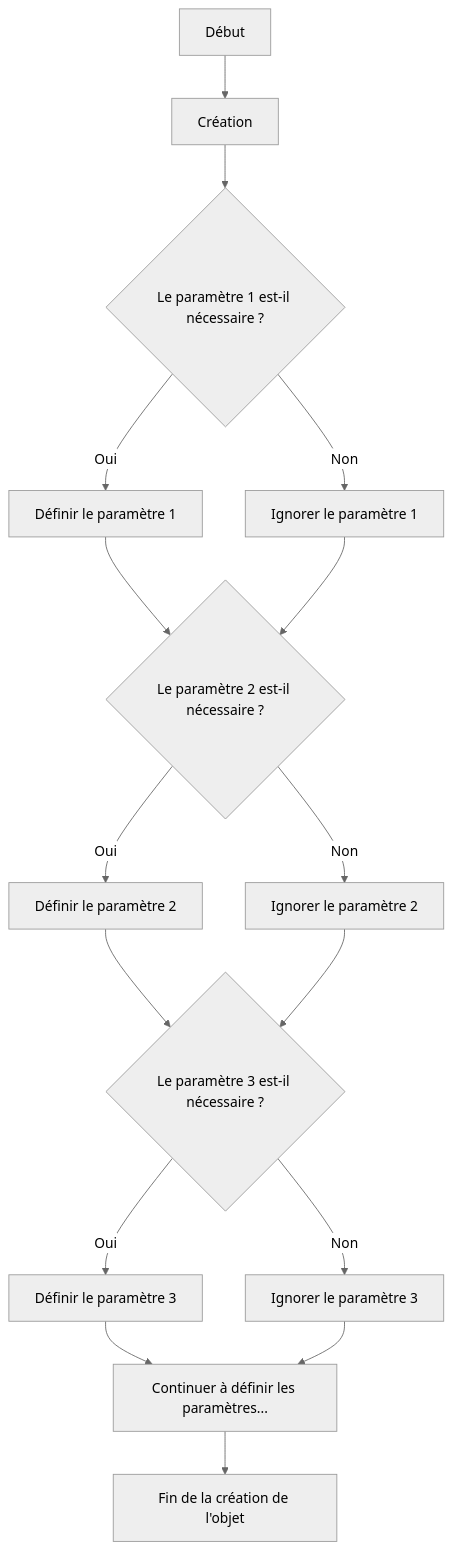
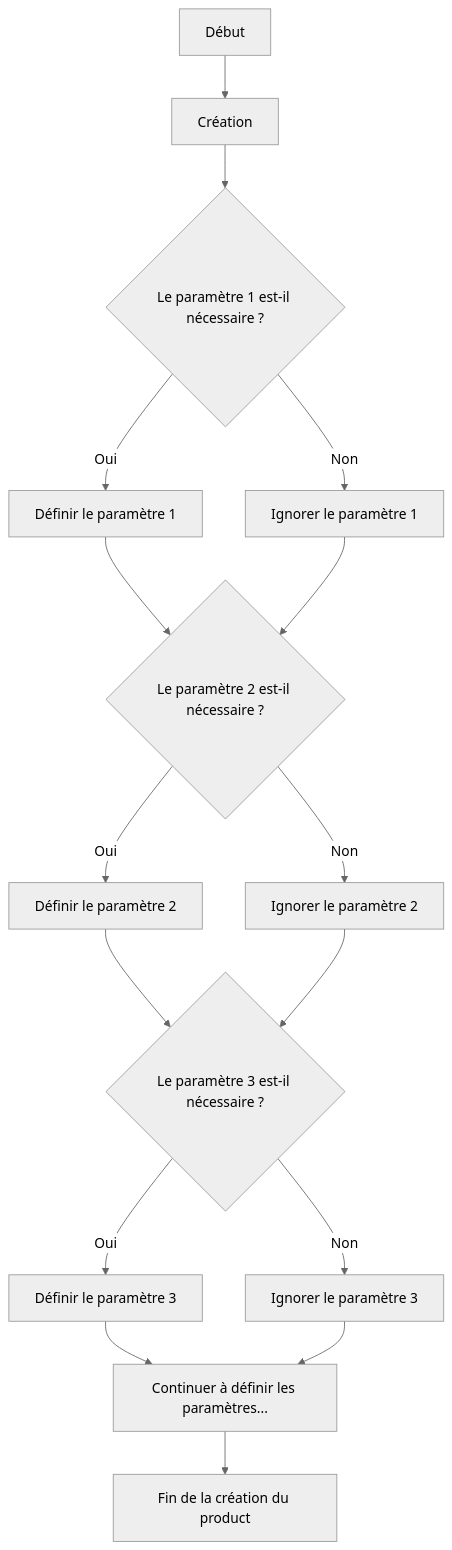
Before and after one commit to SamuelLnds/LandaisSamuel_TP_DesignPatterns: the second of 3 diagrams in Builder/README.md, drawn with Mermaid (neutral theme).

Commit message:
correction syntaxe diagramme builder

````diff
--- a/Builder/README.md
+++ b/Builder/README.md
@@ -28,18 +28,18 @@
 ```mermaid
 graph TD
 	A["Début"] --> B["Création"]
 	B --> C{Le paramètre 1 est-il nécessaire ?}
 	C -- Oui --> D[Définir le paramètre 1]
 	C -- Non --> E[Ignorer le paramètre 1]
 	D --> F{Le paramètre 2 est-il nécessaire ?}
 	E --> F
 	F -- Oui --> G[Définir le paramètre 2]
 	F -- Non --> H[Ignorer le paramètre 2]
 	G --> I{Le paramètre 3 est-il nécessaire ?}
 	H --> I
 	I -- Oui --> J[Définir le paramètre 3]
 	I -- Non --> K[Ignorer le paramètre 3]
 	J --> L[Continuer à définir les paramètres...]
 	K --> L
-	L --> M[Fin de la création de l'objet]
+	L --> M["Fin de la création du product"]
 ```
````
